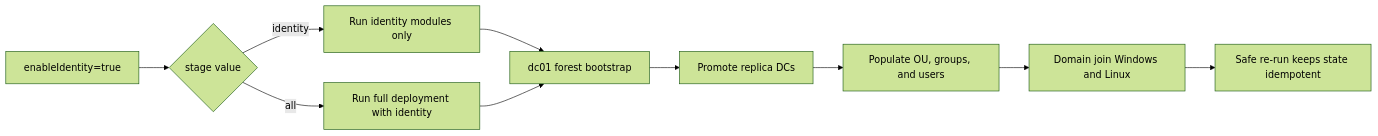
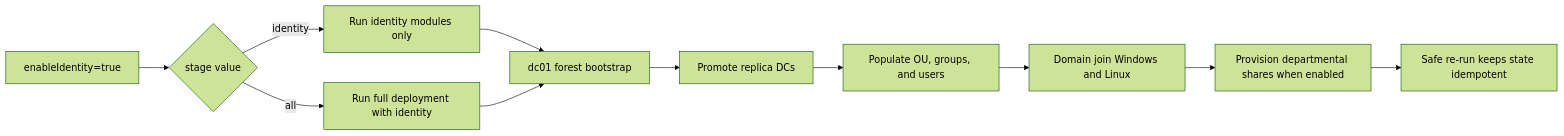
The diagram in docs/identity-and-domain-join.md (andriesdutoit-svg/azure-multiregion-lab), drawn with Mermaid (forest theme) before and after one commit. The commit also changed other lines of this file and 13 other files, not shown here.

````diff
--- a/docs/identity-and-domain-join.md
+++ b/docs/identity-and-domain-join.md
@@ -21,12 +23,13 @@
 ```mermaid
 flowchart LR
   A[enableIdentity=true] --> B{stage value}
   B -->|identity| C[Run identity modules only]
   B -->|all| D[Run full deployment with identity]
   C --> E[dc01 forest bootstrap]
   D --> E
   E --> F[Promote replica DCs]
   F --> G[Populate OU, groups, and users]
   G --> H[Domain join Windows and Linux]
-  H --> I[Safe re-run keeps state idempotent]
+        H --> I[Provision departmental shares when enabled]
+        I --> J[Safe re-run keeps state idempotent]
 ```
````
